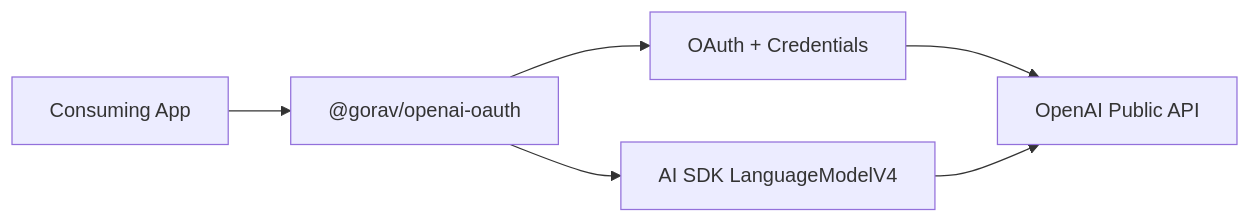
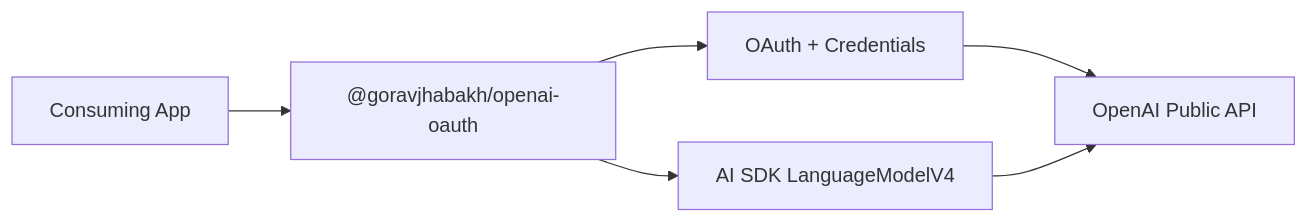
The diagram in docs/architecture.md (goravjhabakh/openai-oauth), drawn with Mermaid before and after one commit. The commit also changed other lines of this file and 11 other files, not shown here.

````diff
--- a/docs/architecture.md
+++ b/docs/architecture.md
@@ -9,8 +9,8 @@
 ```mermaid
 flowchart LR
-    App["Consuming App"] --> Provider["@gorav/openai-oauth"]
+    App["Consuming App"] --> Provider["@goravjhabakh/openai-oauth"]
     Provider --> Auth["OAuth + Credentials"]
     Provider --> Model["AI SDK LanguageModelV4"]
     Auth --> OpenAI["OpenAI Public API"]
     Model --> OpenAI
 ```
````
